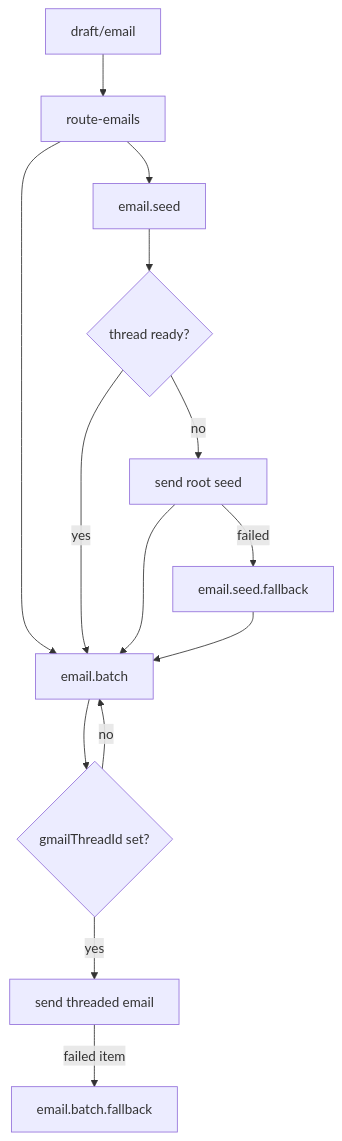
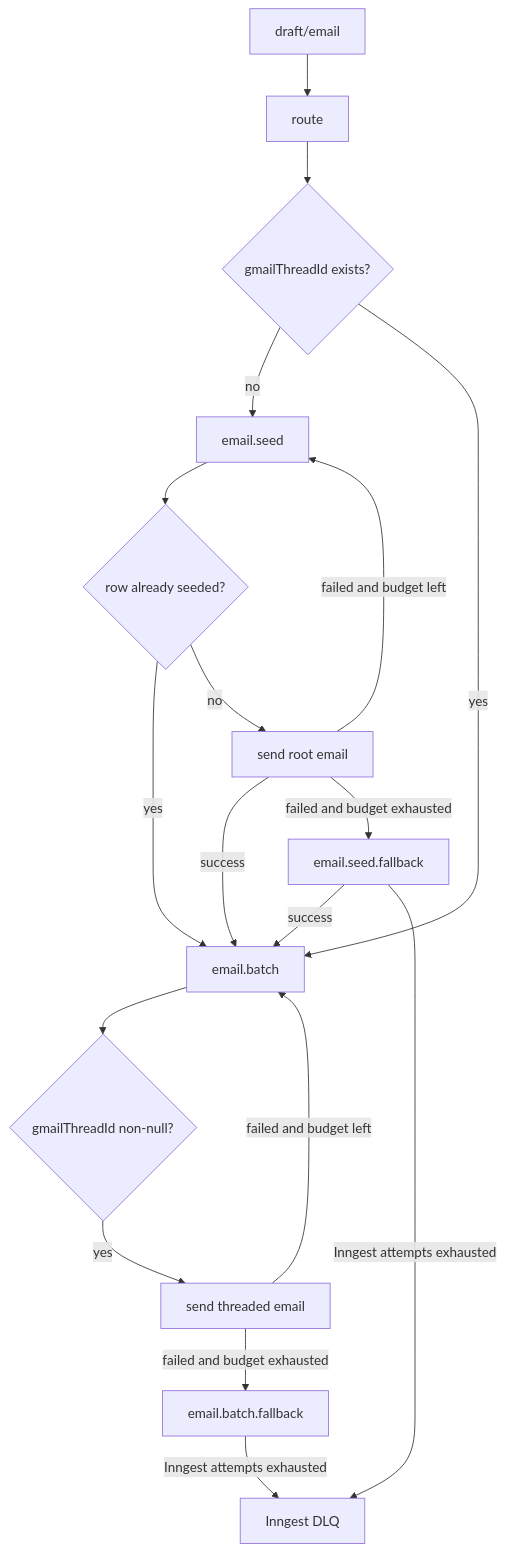
The diagram in src/lib/server/inngest/functions/send-emails/AGENTS.md (BastiDood/drap), drawn with Mermaid before and after one commit. The commit also changed other lines of this file, not shown here.

Commit message:
docs(email): update protocol based on new invariants

````diff
--- a/src/lib/server/inngest/functions/send-emails/AGENTS.md
+++ b/src/lib/server/inngest/functions/send-emails/AGENTS.md
@@ -5,27 +5,33 @@
 ```mermaid
 flowchart TD
   public["draft/email"]
-  route["route-emails"]
+  route["route"]
+  hasThread{"gmailThreadId exists?"}
   seed["email.seed"]
-  ready{"thread ready?"}
-  root["send root seed"]
+  seedReady{"row already seeded?"}
+  root["send root email"]
+  seedFallback["email.seed.fallback"]
   batch["email.batch"]
-  blocked{"gmailThreadId set?"}
+  batchReady{"gmailThreadId non-null?"}
   threaded["send threaded email"]
-  seedFallback["email.seed.fallback"]
   batchFallback["email.batch.fallback"]
+  dlq["Inngest DLQ"]
 
   public --> route
-  route --> seed
-  route --> batch
-  seed --> ready
-  ready -- yes --> batch
-  ready -- no --> root
-  root --> batch
-  root -- failed --> seedFallback
-  seedFallback --> batch
-  batch --> blocked
-  blocked -- no --> batch
-  blocked -- yes --> threaded
-  threaded -- failed item --> batchFallback
+  route --> hasThread
+  hasThread -- no --> seed
+  hasThread -- yes --> batch
+  seed --> seedReady
+  seedReady -- yes --> batch
+  seedReady -- no --> root
+  root -- success --> batch
+  root -- failed and budget left --> seed
+  root -- failed and budget exhausted --> seedFallback
+  seedFallback -- success --> batch
+  seedFallback -- Inngest attempts exhausted --> dlq
+  batch --> batchReady
+  batchReady -- yes --> threaded
+  threaded -- failed and budget left --> batch
+  threaded -- failed and budget exhausted --> batchFallback
+  batchFallback -- Inngest attempts exhausted --> dlq
 ```
````
